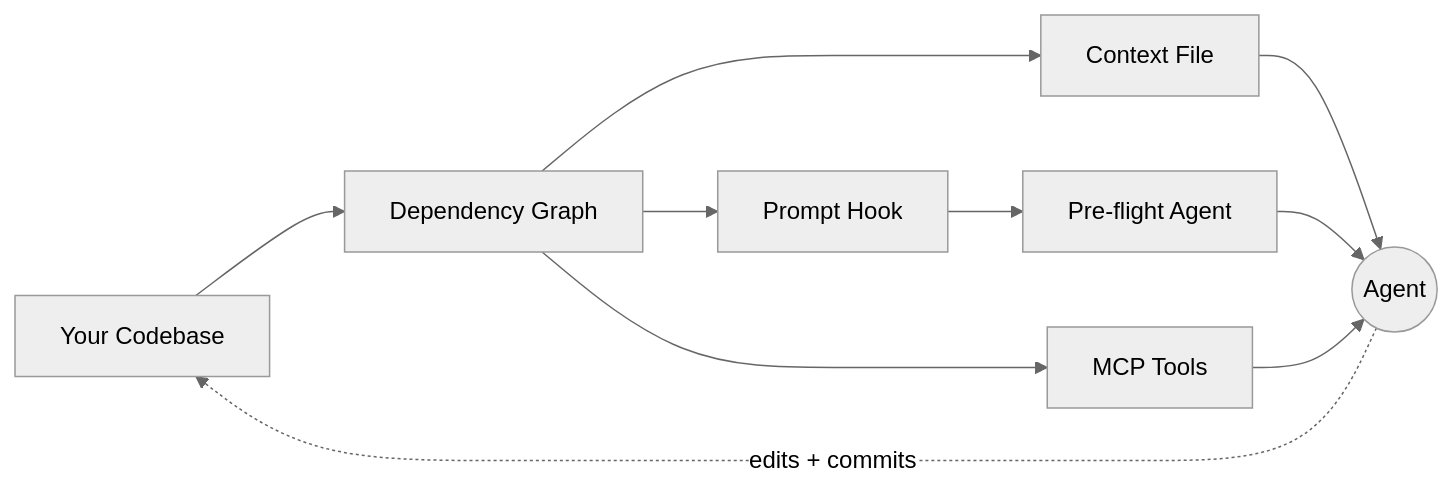
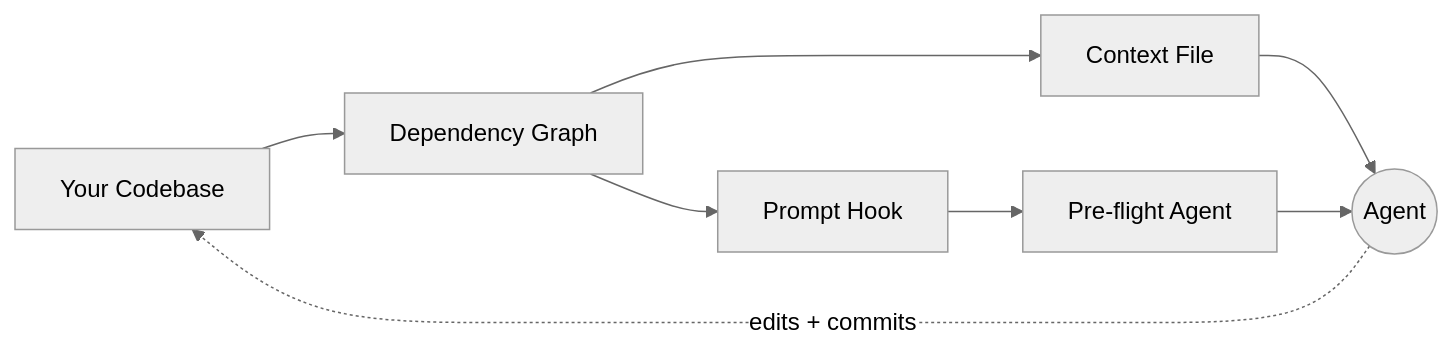
Before and after one commit to michaelabrt/clarte: the diagram in README.md, drawn with Mermaid (neutral theme). The commit also changed other lines of this file and 2 other files, not shown here.

````diff
--- a/README.md
+++ b/README.md
@@ -64,11 +68,9 @@
 ```mermaid
 graph LR
     A[Your Codebase] --> B[Dependency Graph]
     B --> C[Context File]
     B --> D[Prompt Hook]
     D --> E[Pre-flight Agent]
     C & E --> F((Agent))
-    B --> G[MCP Tools]
-    G --> F
     F -. "edits + commits" .-> A
 ```
````
